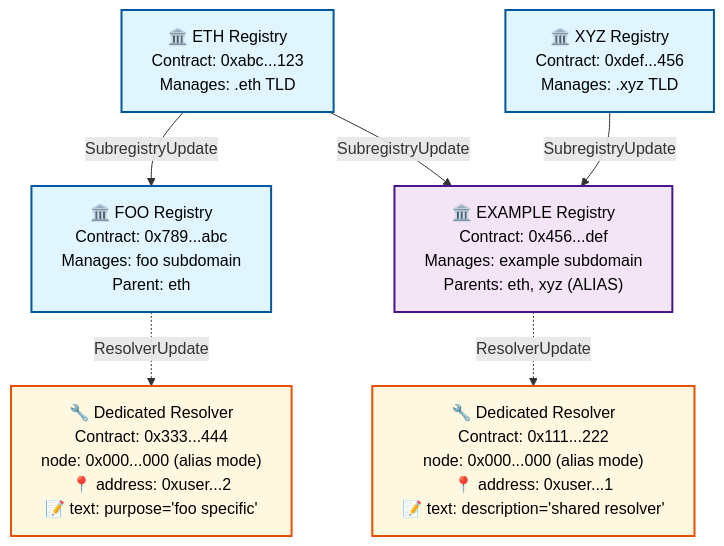
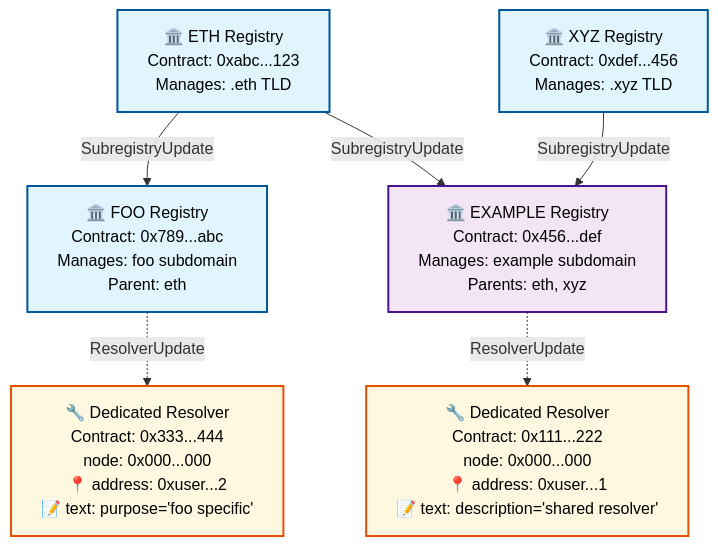
One commit to ensdomains/ensips changed the diagram in ensips/x.md. Above: the diagram before and after it, drawn with Mermaid. The commit also changed other lines of this file, not shown here.

Commit message:
Remove alias

````diff
--- a/ensips/x.md
+++ b/ensips/x.md
@@ -109,25 +109,25 @@
 ```mermaid
 graph TD
     %% Registry hierarchy
     eth["🏛️ ETH Registry<br/>Contract: 0xabc...123<br/>Manages: .eth TLD"]
     xyz["🏛️ XYZ Registry<br/>Contract: 0xdef...456<br/>Manages: .xyz TLD"]
     foo["🏛️ FOO Registry<br/>Contract: 0x789...abc<br/>Manages: foo subdomain<br/>Parent: eth"]
-    example["🏛️ EXAMPLE Registry<br/>Contract: 0x456...def<br/>Manages: example subdomain<br/>Parents: eth, xyz (ALIAS)"]
+    example["🏛️ EXAMPLE Registry<br/>Contract: 0x456...def<br/>Manages: example subdomain<br/>Parents: eth, xyz"]
     
     %% Registry relationships
     eth -->|SubregistryUpdate| foo
     eth -->|SubregistryUpdate| example
     xyz -->|SubregistryUpdate| example
 
     %% Resolver relationships
-    example -.->|ResolverUpdate| resolver_example["🔧 Dedicated Resolver<br/>Contract: 0x111...222<br/>node: 0x000...000 (alias mode)<br/>📍 address: 0xuser...1<br/>📝 text: description='shared resolver'"]
-    foo -.->|ResolverUpdate| resolver_foo["🔧 Dedicated Resolver<br/>Contract: 0x333...444<br/>node: 0x000...000 (alias mode)<br/>📍 address: 0xuser...2<br/>📝 text: purpose='foo specific'"]
+    example -.->|ResolverUpdate| resolver_example["🔧 Dedicated Resolver<br/>Contract: 0x111...222<br/>node: 0x000...000<br/>📍 address: 0xuser...1<br/>📝 text: description='shared resolver'"]
+    foo -.->|ResolverUpdate| resolver_foo["🔧 Dedicated Resolver<br/>Contract: 0x333...444<br/>node: 0x000...000<br/>📍 address: 0xuser...2<br/>📝 text: purpose='foo specific'"]
 
     %% Styling
     classDef registry fill:#e1f5fe,stroke:#01579b,stroke-width:2px,color:#000,text-wrap:nowrap;
     classDef resolver fill:#fff8e1,stroke:#e65100,stroke-width:2px,color:#000,text-wrap:nowrap;
     classDef example fill:#f3e5f5,stroke:#4a148c,stroke-width:2px,color:#000,text-wrap:nowrap;
     class eth,xyz,foo registry;
     class example example;
     class resolver_example,resolver_foo resolver;
 ```
````
